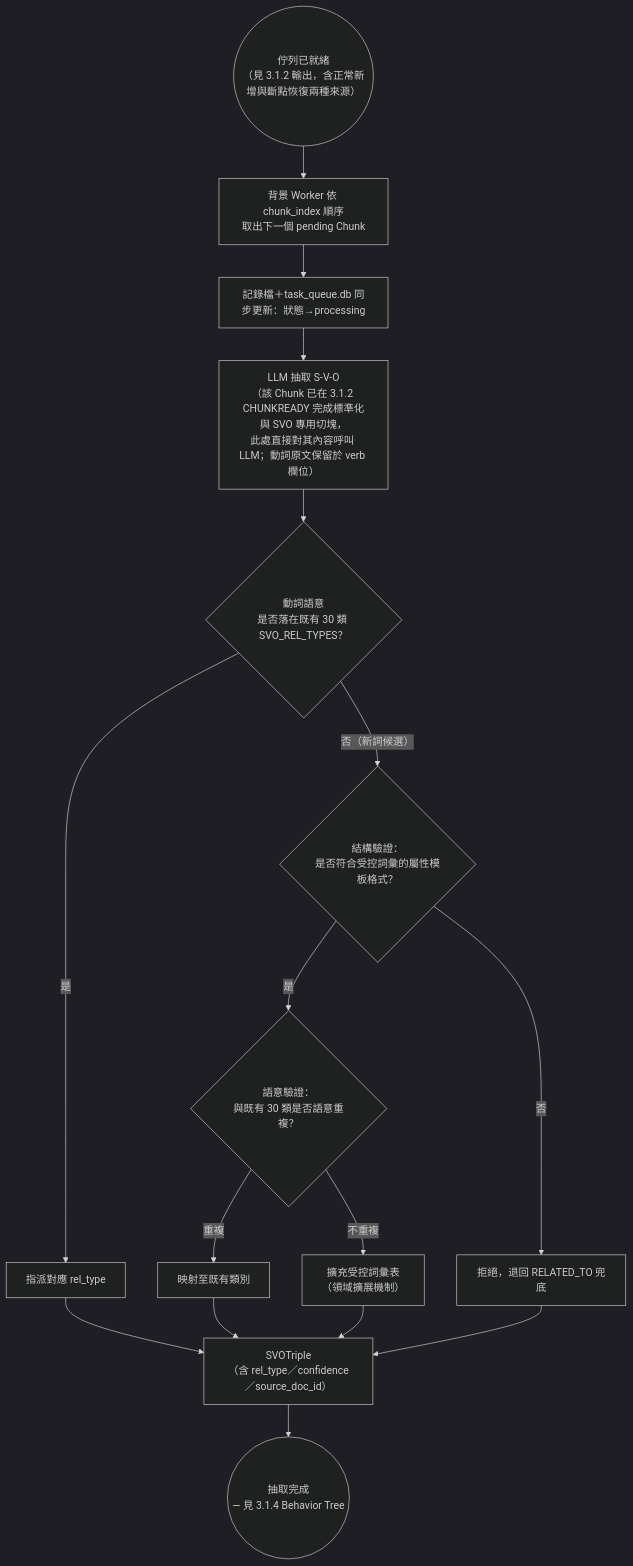
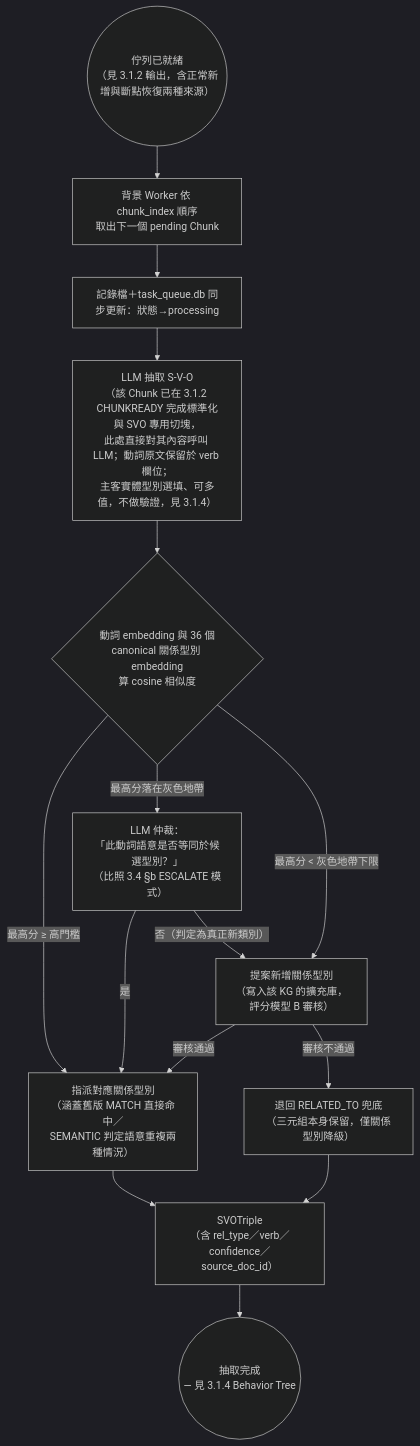
The fifth of 14 diagrams in docs/論文/03_系統設計與方法論.md (Chester930/world-knowledge-graph-rag), drawn with Mermaid (dark theme) before and after one commit. The commit also changed other lines of this file and 11 other files, not shown here.

````diff
--- a/docs/論文/03_系統設計與方法論.md
+++ b/docs/論文/03_系統設計與方法論.md
@@ -224,18 +231,17 @@
 ```mermaid
 flowchart TD
     READY2(("佇列已就緒<br/>（見 3.1.2 輸出，含正常新增與斷點恢復兩種來源）")) --> WORKER["背景 Worker 依 chunk_index 順序<br/>取出下一個 pending Chunk"]
     WORKER --> PROC["記錄檔＋task_queue.db 同步更新：狀態→processing"]
-    PROC --> LLM_SVO["LLM 抽取 S-V-O<br/>（該 Chunk 已在 3.1.2 CHUNKREADY 完成標準化與 SVO 專用切塊，<br/>此處直接對其內容呼叫 LLM；動詞原文保留於 verb 欄位）"]
-    LLM_SVO --> MATCH{"動詞語意<br/>是否落在既有 30 類 SVO_REL_TYPES？"}
-    MATCH -->|是| ASSIGN["指派對應 rel_type"]
-    MATCH -->|"否（新詞候選）"| STRUCT{"結構驗證：<br/>是否符合受控詞彙的屬性模板格式？"}
-    STRUCT -->|否| REJECT["拒絕，退回 RELATED_TO 兜底"]
-    STRUCT -->|是| SEMANTIC{"語意驗證：<br/>與既有 30 類是否語意重複？"}
-    SEMANTIC -->|重複| MAPEXIST["映射至既有類別"]
-    SEMANTIC -->|不重複| EXPAND["擴充受控詞彙表<br/>（領域擴展機制）"]
-    ASSIGN --> TRIPLE["SVOTriple<br/>（含 rel_type／confidence／source_doc_id）"]
-    MAPEXIST --> TRIPLE
-    EXPAND --> TRIPLE
+    PROC --> LLM_SVO["LLM 抽取 S-V-O<br/>（該 Chunk 已在 3.1.2 CHUNKREADY 完成標準化與 SVO 專用切塊，<br/>此處直接對其內容呼叫 LLM；動詞原文保留於 verb 欄位；<br/>主客實體型別選填、可多值，不做驗證，見 3.1.4）"]
+    LLM_SVO --> SIM{"動詞 embedding 與 36 個<br/>canonical 關係型別 embedding<br/>算 cosine 相似度"}
+    SIM -->|"最高分 ≥ 高門檻"| ASSIGN["指派對應關係型別<br/>（涵蓋舊版 MATCH 直接命中／<br/>SEMANTIC 判定語意重複兩種情況）"]
+    SIM -->|"最高分落在灰色地帶"| ESCALATE3["LLM 仲裁：<br/>「此動詞語意是否等同於候選型別？」<br/>（比照 3.4 §b ESCALATE 模式）"]
+    ESCALATE3 -->|是| ASSIGN
+    ESCALATE3 -->|"否（判定為真正新類別）"| EXPAND["提案新增關係型別<br/>（寫入該 KG 的擴充庫，<br/>評分模型 B 審核）"]
+    SIM -->|"最高分 < 灰色地帶下限"| EXPAND
+    EXPAND -->|審核不通過| REJECT["退回 RELATED_TO 兜底<br/>（三元組本身保留，僅關係型別降級）"]
+    EXPAND -->|審核通過| ASSIGN
+    ASSIGN --> TRIPLE["SVOTriple<br/>（含 rel_type／verb／confidence／source_doc_id）"]
     REJECT --> TRIPLE
     TRIPLE --> HANDOFF3(("抽取完成<br/>— 見 3.1.4 Behavior Tree"))
 ```
````
